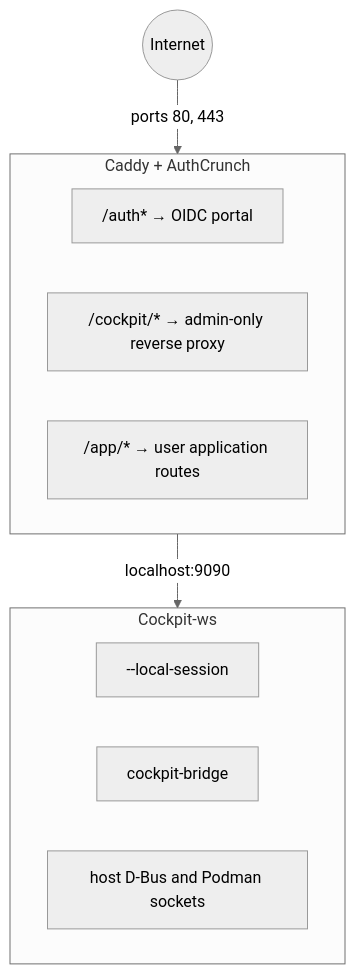
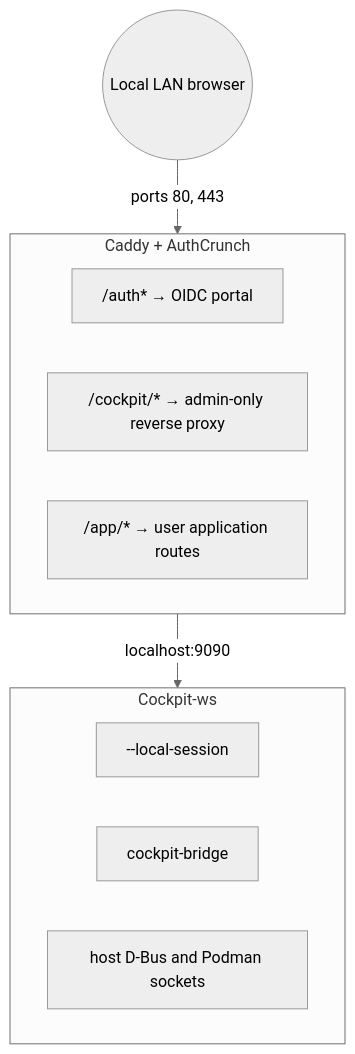
One commit to RobertDeRose/atomixos changed the diagram in docs/src/tutorials/oidc-device-management.md. Above: the diagram before and after it, drawn with Mermaid (neutral theme). The commit also changed other lines of this file and 8 other files, not shown here.

````diff
--- a/docs/src/tutorials/oidc-device-management.md
+++ b/docs/src/tutorials/oidc-device-management.md
@@ -84,18 +88,18 @@
 ```mermaid
 graph TD
-    internet((Internet)) -- "ports 80, 443" --> caddy
+    lan((Local LAN browser)) -- "ports 80, 443" --> caddy
 
     subgraph caddy["Caddy + AuthCrunch"]
         ca1["/auth* → OIDC portal"]
         ca2["/cockpit/* → admin-only reverse proxy"]
         ca3["/app/* → user application routes"]
     end
 
     caddy -- "localhost:9090" --> cockpit
 
     subgraph cockpit["Cockpit-ws"]
         co1["--local-session"]
         co2["cockpit-bridge"]
         co3["host D-Bus and Podman sockets"]
     end
 ```
````
